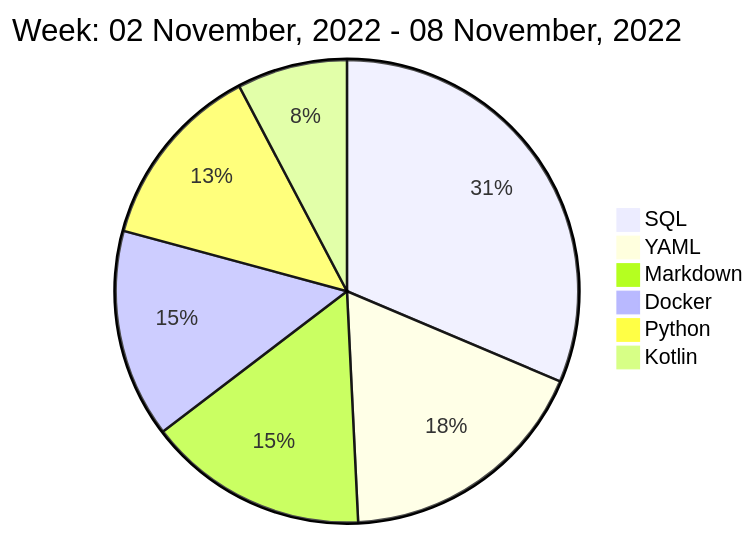
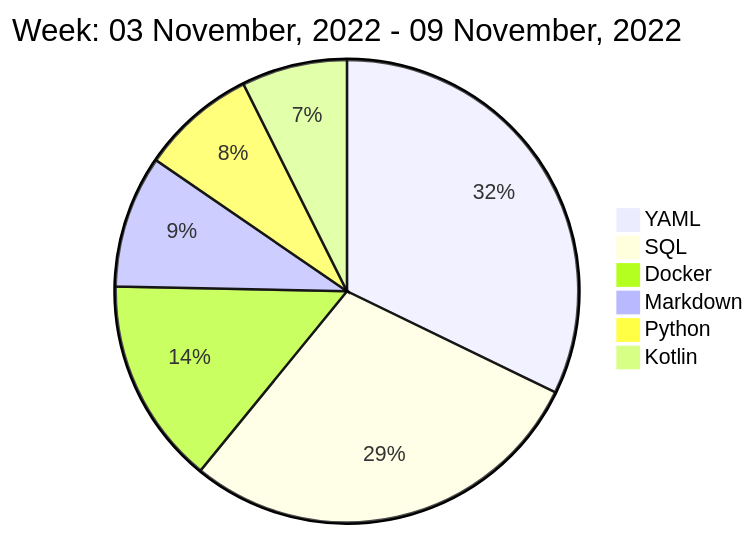
One commit to liubin95/liubin95 changed the diagram in README.md. Above: the diagram before and after it, drawn with Mermaid.

Commit message:
Updated the Graph with new Metrics

````diff
--- a/README.md
+++ b/README.md
@@ -40,10 +40,10 @@
 ```mermaid
  pie
-title Week: 02 November, 2022 - 08 November, 2022
- "SQL" : 4.48
- "YAML" : 2.55
- "Markdown" : 2.2
- "Docker" : 2.08
- "Python" : 1.87
+title Week: 03 November, 2022 - 09 November, 2022
+ "YAML" : 4.8
+ "SQL" : 4.28
+ "Docker" : 2.15
+ "Markdown" : 1.38
+ "Python" : 1.2
  "Kotlin" : 1.1
 ```
````
